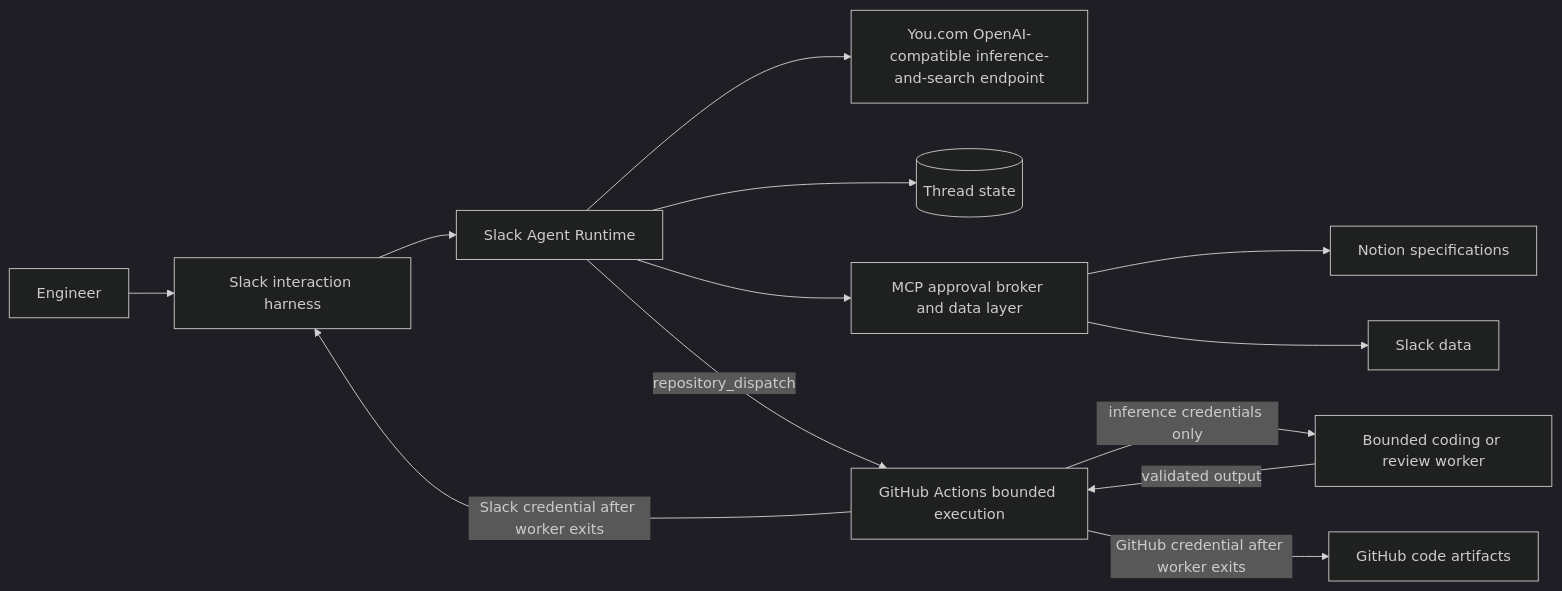
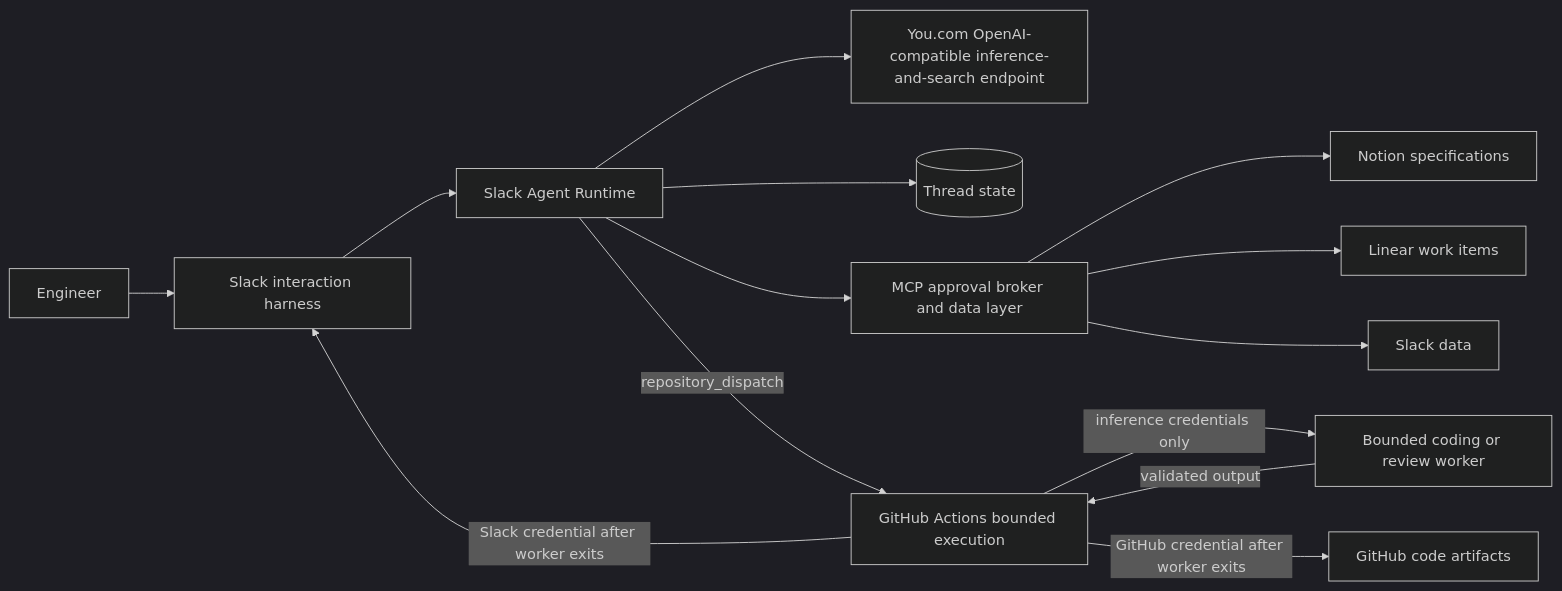
The first of 3 diagrams in README.md (sakomws/slack-agent-runtime), drawn with Mermaid (dark theme) before and after one commit. The commit also changed other lines of this file and 4 other files, not shown here.

````diff
--- a/README.md
+++ b/README.md
@@ -22,15 +23,16 @@
 ```mermaid
 flowchart LR
     U[Engineer] --> S[Slack interaction harness]
     S --> R[Slack Agent Runtime]
     R --> I[You.com OpenAI-compatible inference-and-search endpoint]
     R --> T[(Thread state)]
     R --> M[MCP approval broker and data layer]
     M --> N[Notion specifications]
+    M --> L[Linear work items]
     M --> SD[Slack data]
     R -->|repository_dispatch| A[GitHub Actions bounded execution]
     A -->|inference credentials only| W[Bounded coding or review worker]
     W -->|validated output| A
     A -->|GitHub credential after worker exits| G[GitHub code artifacts]
     A -->|Slack credential after worker exits| S
 ```
````
